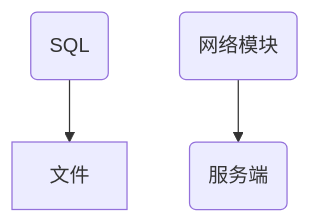
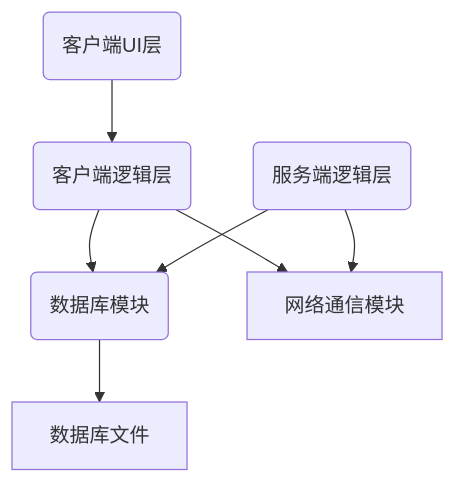
The first of 2 diagrams in deltaNote_client/README.md (delta1037/deltaNote_repo), drawn with Mermaid before and after one commit. The commit also changed other lines of this file and 33 other files, not shown here.

````diff
--- a/deltaNote_client/README.md
+++ b/deltaNote_client/README.md
@@ -5,7 +14,9 @@
 ```mermaid
 graph TD
-	C(SQL) --> D[文件]
-    B(网络模块) -->A(服务端)
-    
-
+	B(数据库模块) --> A[数据库文件]
+	D(客户端) --> C[网络通信模块]
+	E(服务端) --> C[网络通信模块]
+	D(客户端逻辑层) --> B
+	E(服务端逻辑层) --> B
+	F(客户端UI层) --> D
 ```
````
